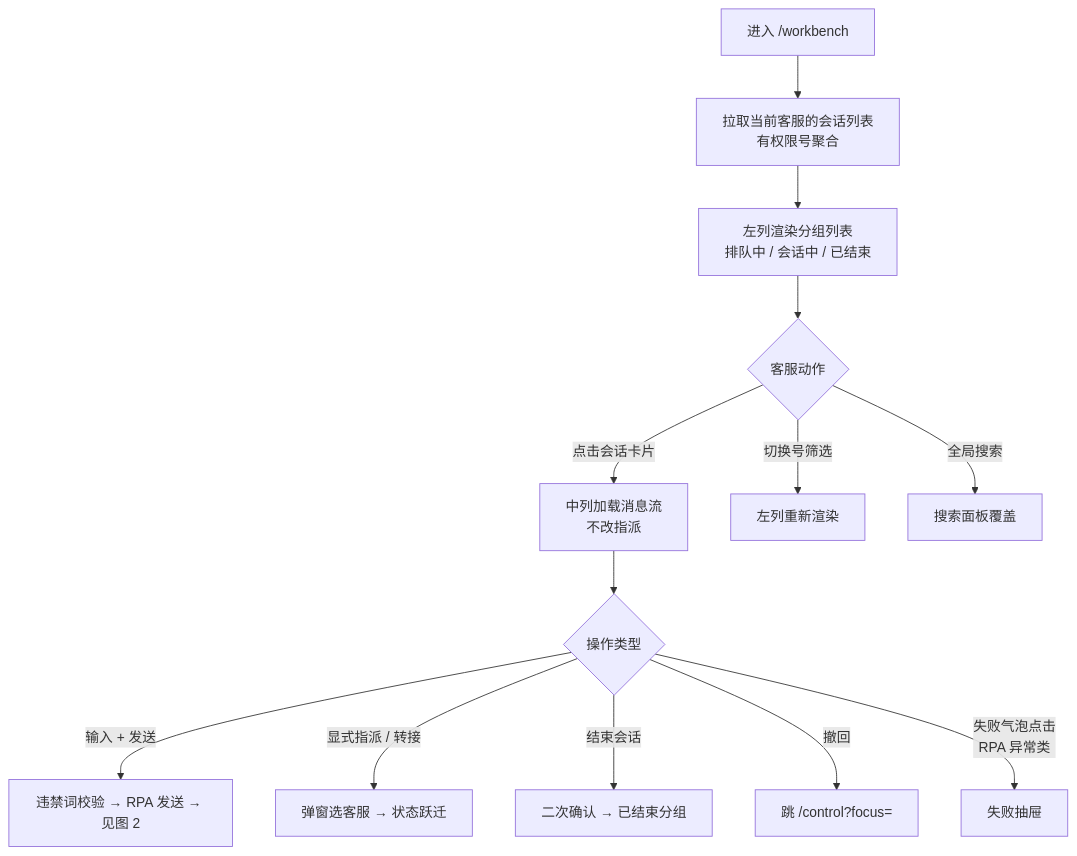
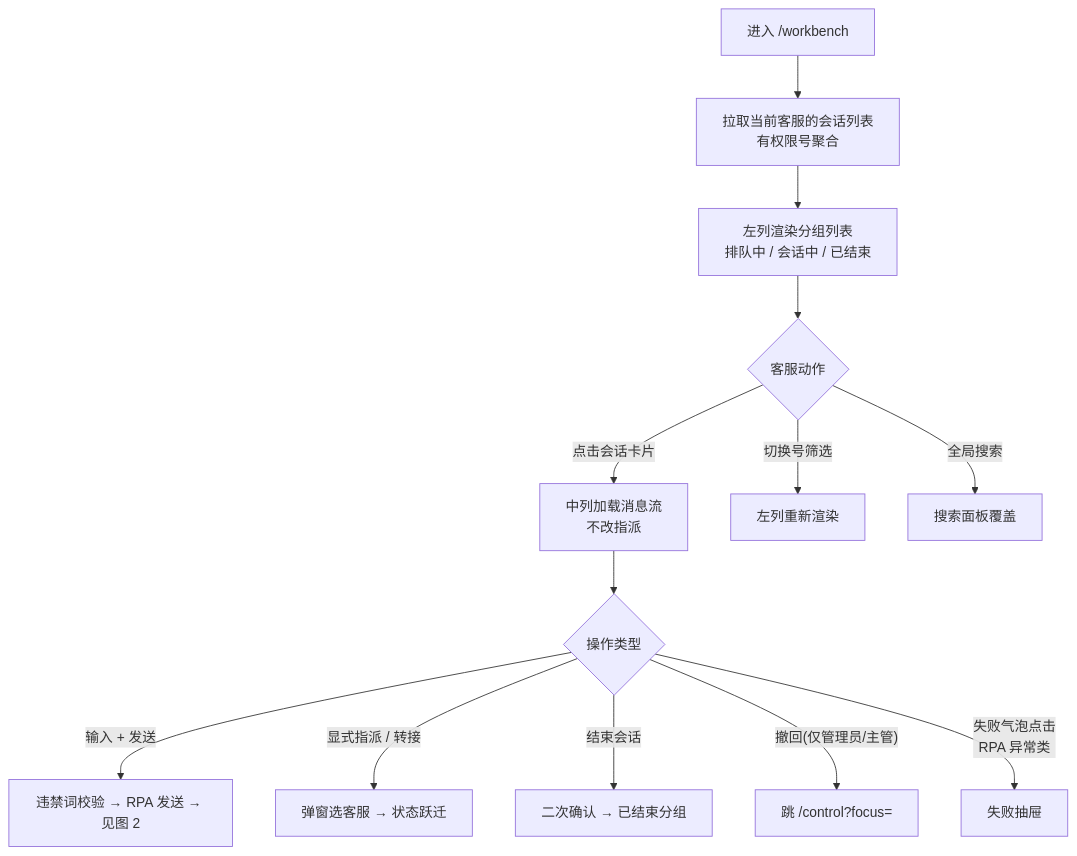
The fourth of 8 diagrams in project/domains/chat-workbench/design.md (yan-pang/VIP), drawn with Mermaid before and after one commit. The commit also changed other lines of this file and 79 other files, not shown here.

````diff
--- a/project/domains/chat-workbench/design.md
+++ b/project/domains/chat-workbench/design.md
@@ -465,15 +466,15 @@
 ```mermaid
 graph TD
     A[进入 /workbench] --> B[拉取当前客服的会话列表<br/>有权限号聚合]
     B --> C[左列渲染分组列表<br/>排队中 / 会话中 / 已结束]
     C --> D{客服动作}
     D -- 点击会话卡片 --> E[中列加载消息流<br/>不改指派]
     D -- 切换号筛选 --> F[左列重新渲染]
     D -- 全局搜索 --> G[搜索面板覆盖]
     E --> H{操作类型}
     H -- 输入 + 发送 --> I[违禁词校验 → RPA 发送 → 见图 2]
     H -- 显式指派 / 转接 --> J[弹窗选客服 → 状态跃迁]
     H -- 结束会话 --> K[二次确认 → 已结束分组]
-    H -- 撤回 --> L[跳 /control?focus=]
+    H -- 撤回(仅管理员/主管) --> L[跳 /control?focus=]
     H -- 失败气泡点击<br/>RPA 异常类 --> M[失败抽屉]
 ```
````
